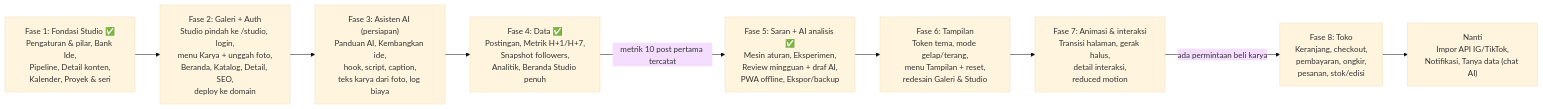
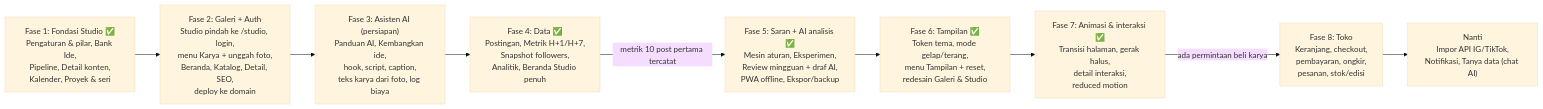
One commit to Andisurya01/cula-art changed the second of 2 diagrams in docs/PRD.md. Above: the diagram before and after it, drawn with Mermaid (base theme). The commit also changed other lines of this file and 3 other files, not shown here.

````diff
--- a/docs/PRD.md
+++ b/docs/PRD.md
@@ -739,20 +755,20 @@
 ```mermaid
 flowchart LR
   F1["Fase 1: Fondasi Studio ✅<br/>Pengaturan & pilar, Bank Ide,<br/>Pipeline, Detail konten,<br/>Kalender, Proyek & seri"]
   F2["Fase 2: Galeri + Auth<br/>Studio pindah ke /studio, login,<br/>menu Karya + unggah foto,<br/>Beranda, Katalog, Detail, SEO,<br/>deploy ke domain"]
   F3["Fase 3: Asisten AI (persiapan)<br/>Panduan AI, Kembangkan ide,<br/>hook, script, caption,<br/>teks karya dari foto, log biaya"]
   F4["Fase 4: Data ✅<br/>Postingan, Metrik H+1/H+7,<br/>Snapshot followers,<br/>Analitik, Beranda Studio penuh"]
   F5["Fase 5: Saran + AI analisis ✅<br/>Mesin aturan, Eksperimen,<br/>Review mingguan + draf AI,<br/>PWA offline, Ekspor/backup"]
-  F6["Fase 6: Tampilan<br/>Token tema, mode gelap/terang,<br/>menu Tampilan + reset,<br/>redesain Galeri & Studio"]
-  F7["Fase 7: Animasi & interaksi<br/>Transisi halaman, gerak halus,<br/>detail interaksi,<br/>reduced motion"]
+  F6["Fase 6: Tampilan ✅<br/>Token tema, mode gelap/terang,<br/>menu Tampilan + reset,<br/>redesain Galeri & Studio"]
+  F7["Fase 7: Animasi & interaksi ✅<br/>Transisi halaman, gerak halus,<br/>detail interaksi,<br/>reduced motion"]
   F8["Fase 8: Toko<br/>Keranjang, checkout,<br/>pembayaran, ongkir,<br/>pesanan, stok/edisi"]
   F9["Nanti<br/>Impor API IG/TikTok,<br/>Notifikasi, Tanya data (chat AI)"]
   F1 --> F2
   F2 --> F3
   F3 --> F4
   F4 -->|"metrik 10 post pertama tercatat"| F5
   F5 --> F6
   F6 --> F7
   F7 -->|"ada permintaan beli karya"| F8
   F8 --> F9
 ```
````
